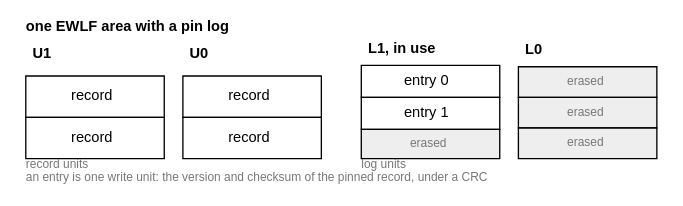
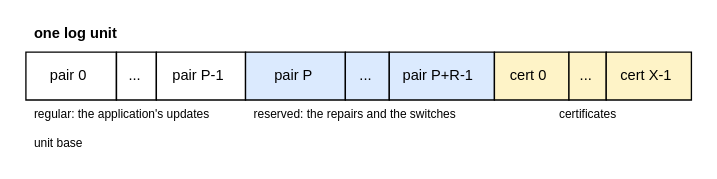
Before and after one commit to sebastien-riou/lean-ftl: the sixth of 6 diagrams in doc/source/design.rst, drawn with Graphviz. The commit also changed other lines of this file and 9 other files, not shown here.

```diff
--- a/doc/source/design.rst
+++ b/doc/source/design.rst
@@ -935,9 +325,9 @@
 .. graphviz::
    :align: center
 
    digraph {
      graph [pad="0.05" margin="0"];
      node [shape=plaintext fontname="Helvetica" fontsize=11];
      d [label=<
-       <table border="0" cellborder="0" cellspacing="0" cellpadding="0"><tr><td colspan="7" align="left"><b>one EWLF area with a pin log</b></td></tr><tr><td><table border="0" cellborder="1" cellspacing="0" cellpadding="5"><tr><td border="0" align="left"><b>U1</b></td></tr><tr><td width="104">record</td></tr><tr><td width="104">record</td></tr></table></td><td width="14"></td><td><table border="0" cellborder="1" cellspacing="0" cellpadding="5"><tr><td border="0" align="left"><b>U0</b></td></tr><tr><td width="104">record</td></tr><tr><td width="104">record</td></tr></table></td><td width="30"></td><td><table border="0" cellborder="1" cellspacing="0" cellpadding="5"><tr><td border="0" align="left"><b>L1, in use</b></td></tr><tr><td width="104">entry 0</td></tr><tr><td width="104">entry 1</td></tr><tr><td bgcolor="#eeeeee" width="104"><font point-size="9" color="#777777">erased</font></td></tr></table></td><td width="14"></td><td><table border="0" cellborder="1" cellspacing="0" cellpadding="5"><tr><td border="0" align="left"><b>L0</b></td></tr><tr><td bgcolor="#eeeeee" width="104"><font point-size="9" color="#777777">erased</font></td></tr><tr><td bgcolor="#eeeeee" width="104"><font point-size="9" color="#777777">erased</font></td></tr><tr><td bgcolor="#eeeeee" width="104"><font point-size="9" color="#777777">erased</font></td></tr></table></td></tr><tr><td colspan="3" align="left"><font point-size="9" color="#777777">record units</font></td><td width="30"></td><td colspan="3" align="left"><font point-size="9" color="#777777">log units</font></td></tr><tr><td colspan="7" align="left"><font point-size="9" color="#777777">an entry is one write unit: the version and checksum of the pinned record, under a CRC</font></td></tr></table>>];
+       <table border="0" cellborder="1" cellspacing="0" cellpadding="6"><tr><td border="0" colspan="9" align="left"><b>one log unit</b></td></tr><tr><td width="64" height="36">pair 0</td><td width="28">...</td><td width="64">pair P-1</td><td width="64" bgcolor="#dbeafe">pair P</td><td width="28" bgcolor="#dbeafe">...</td><td width="72" bgcolor="#dbeafe">pair P+R-1</td><td width="56" bgcolor="#fef3c7">cert 0</td><td width="28" bgcolor="#fef3c7">...</td><td width="64" bgcolor="#fef3c7">cert X-1</td></tr><tr><td border="0" colspan="3"><font point-size="9">regular: the application's updates</font></td><td border="0" colspan="3"><font point-size="9">reserved: the repairs and the switches</font></td><td border="0" colspan="3"><font point-size="9">certificates</font></td></tr><tr><td border="0" align="left" colspan="9"><font point-size="9">unit base</font></td></tr></table>>];
    }
```
